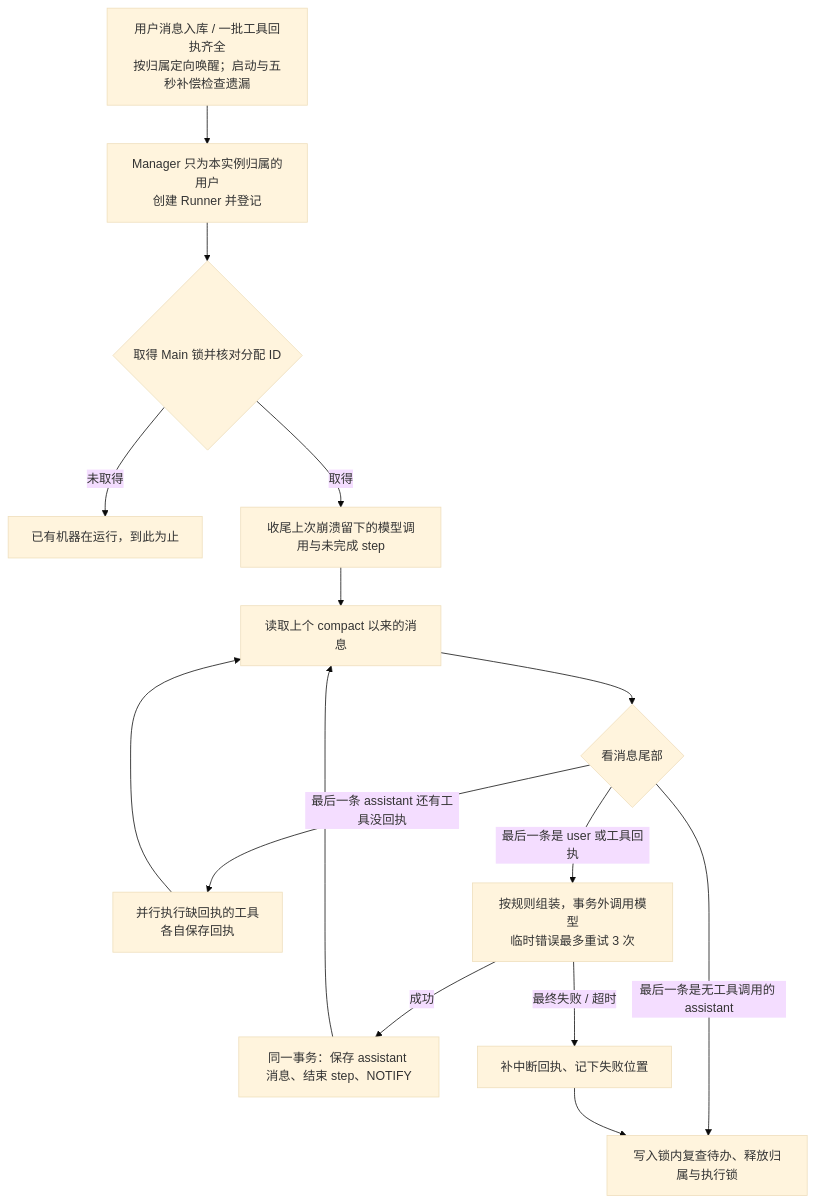
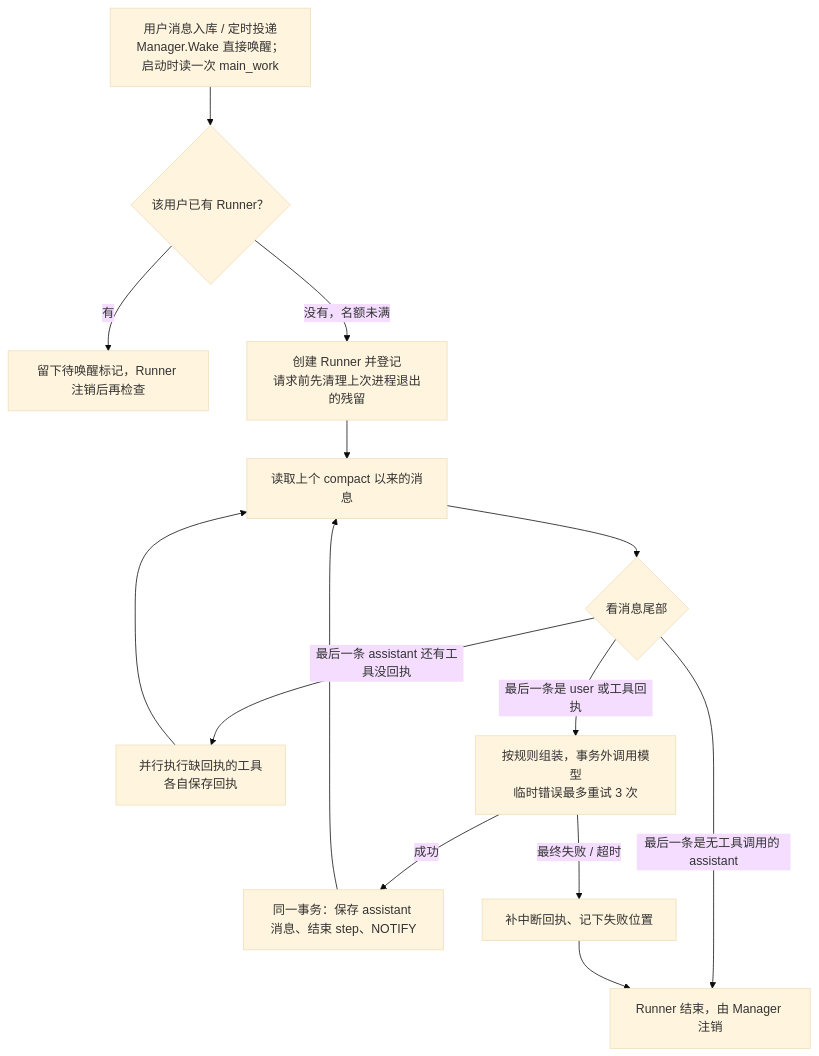
One commit to OmniNetOpensource/aether-personal changed the first of 2 diagrams in docs/wiki/05-main-runtime.md. Above: the diagram before and after it, drawn with Mermaid (base theme). The commit also changed other lines of this file and 10 other files, not shown here.

````diff
--- a/docs/wiki/05-main-runtime.md
+++ b/docs/wiki/05-main-runtime.md
@@ -98,17 +96,16 @@
 ```mermaid
 flowchart TD
-    WAKE["用户消息入库 / 一批工具回执齐全<br/>按归属定向唤醒；启动与五秒补偿检查遗漏"] --> CREATE["Manager 只为本实例归属的用户<br/>创建 Runner 并登记"]
-    CREATE --> LOCK{"取得 Main 锁并核对分配 ID"}
-    LOCK -->|未取得| WAIT["已有机器在运行，到此为止"]
-    LOCK -->|取得| RECOVER["收尾上次崩溃留下的模型调用与未完成 step"]
+    WAKE["用户消息入库 / 定时投递<br/>Manager.Wake 直接唤醒；启动时读一次 main_work"] --> CREATE{"该用户已有 Runner？"}
+    CREATE -->|有| WAIT["留下待唤醒标记，Runner 注销后再检查"]
+    CREATE -->|没有，名额未满| RECOVER["创建 Runner 并登记<br/>请求前先清理上次进程退出的残留"]
     RECOVER --> LOAD["读取上个 compact 以来的消息"]
     LOAD --> TAIL{"看消息尾部"}
     TAIL -->|最后一条 assistant 还有工具没回执| TOOL["并行执行缺回执的工具<br/>各自保存回执"]
     TOOL --> LOAD
     TAIL -->|最后一条是 user 或工具回执| CALL["按规则组装，事务外调用模型<br/>临时错误最多重试 3 次"]
     CALL -->|成功| SAVE["同一事务：保存 assistant 消息、结束 step、NOTIFY"]
     SAVE --> LOAD
-    TAIL -->|最后一条是无工具调用的 assistant| RELEASE["写入锁内复查待办、释放归属与执行锁"]
+    TAIL -->|最后一条是无工具调用的 assistant| RELEASE["Runner 结束，由 Manager 注销"]
     CALL -->|最终失败 / 超时| FAIL["补中断回执、记下失败位置"]
     FAIL --> RELEASE
 ```
````
